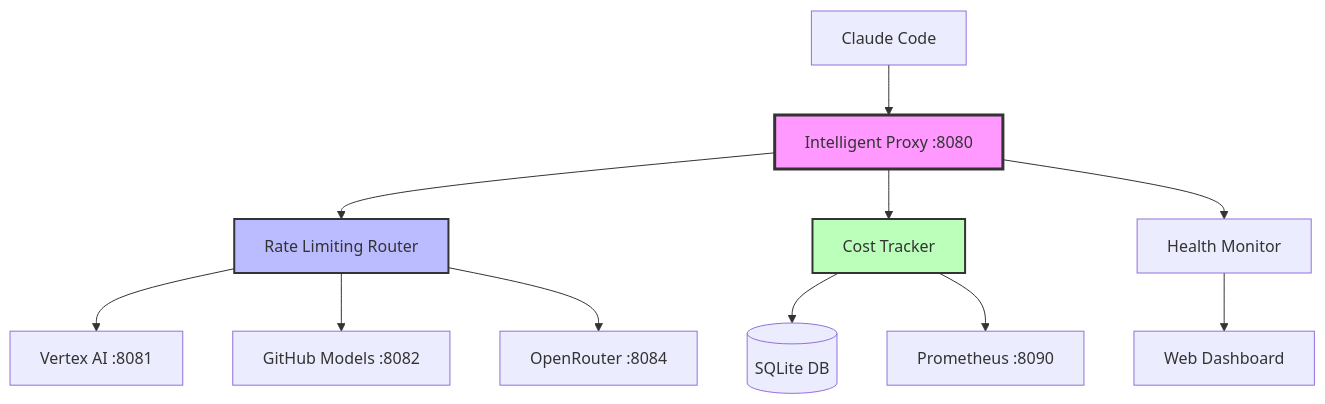
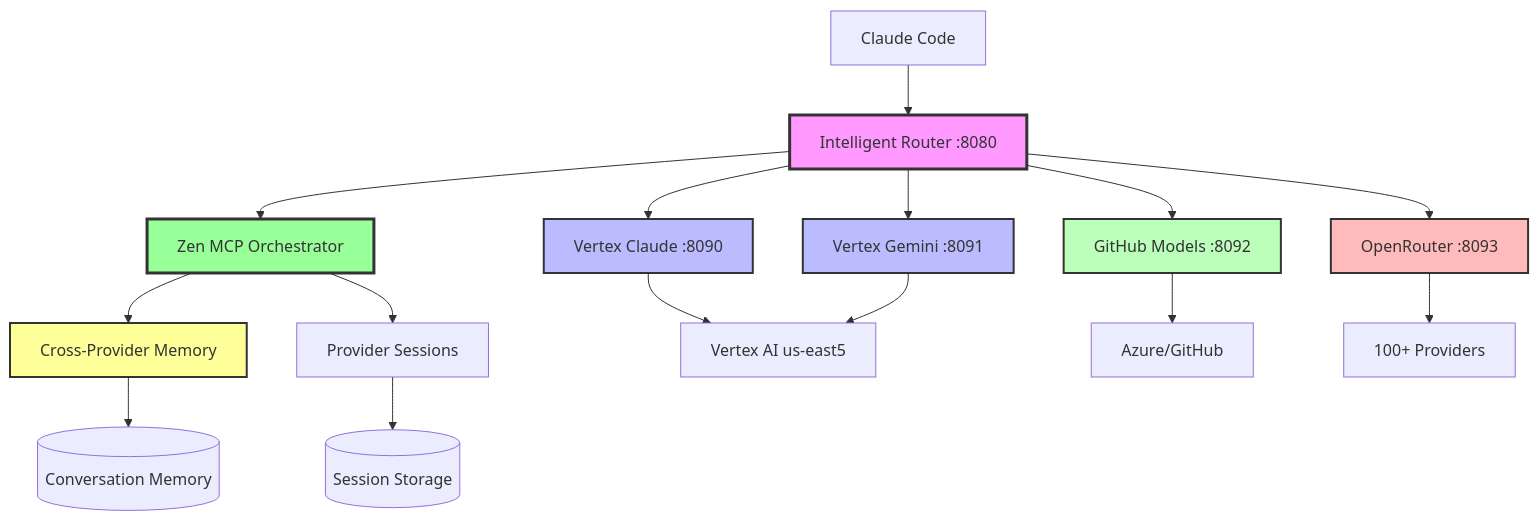
The diagram in README.md (gptprojectmanager/claude-code-multimodel), drawn with Mermaid before and after one commit. The commit also changed other lines of this file and 4 other files, not shown here.

````diff
--- a/README.md
+++ b/README.md
@@ -21,19 +23,29 @@
 ```mermaid
 graph TB
-    CC[Claude Code] --> IP[Intelligent Proxy :8080]
-    IP --> RLR[Rate Limiting Router]
-    IP --> CT[Cost Tracker]
-    IP --> HM[Health Monitor]
+    CC[Claude Code] --> IP[Intelligent Router :8080]
     
-    RLR --> VA[Vertex AI :8081]
-    RLR --> GM[GitHub Models :8082]
-    RLR --> OR[OpenRouter :8084]
+    IP --> ZEN[Zen MCP Orchestrator]
+    ZEN --> CM[Cross-Provider Memory]
+    ZEN --> PS[Provider Sessions]
     
-    CT --> DB[(SQLite DB)]
-    CT --> PM[Prometheus :8090]
-    HM --> Dashboard[Web Dashboard]
+    IP --> VC[Vertex Claude :8090]
+    IP --> VG[Vertex Gemini :8091] 
+    IP --> GM[GitHub Models :8092]
+    IP --> OR[OpenRouter :8093]
+    
+    VC --> VA[Vertex AI us-east5]
+    VG --> VA
+    GM --> AZ[Azure/GitHub]
+    OR --> MP[100+ Providers]
+    
+    CM --> DB[(Conversation Memory)]
+    PS --> SS[(Session Storage)]
     
     style IP fill:#f9f,stroke:#333,stroke-width:3px
-    style RLR fill:#bbf,stroke:#333,stroke-width:2px
-    style CT fill:#bfb,stroke:#333,stroke-width:2px
+    style ZEN fill:#9f9,stroke:#333,stroke-width:3px
+    style CM fill:#ff9,stroke:#333,stroke-width:2px
+    style VC fill:#bbf,stroke:#333,stroke-width:2px
+    style VG fill:#bbf,stroke:#333,stroke-width:2px
+    style GM fill:#bfb,stroke:#333,stroke-width:2px
+    style OR fill:#fbb,stroke:#333,stroke-width:2px
 ```
````
